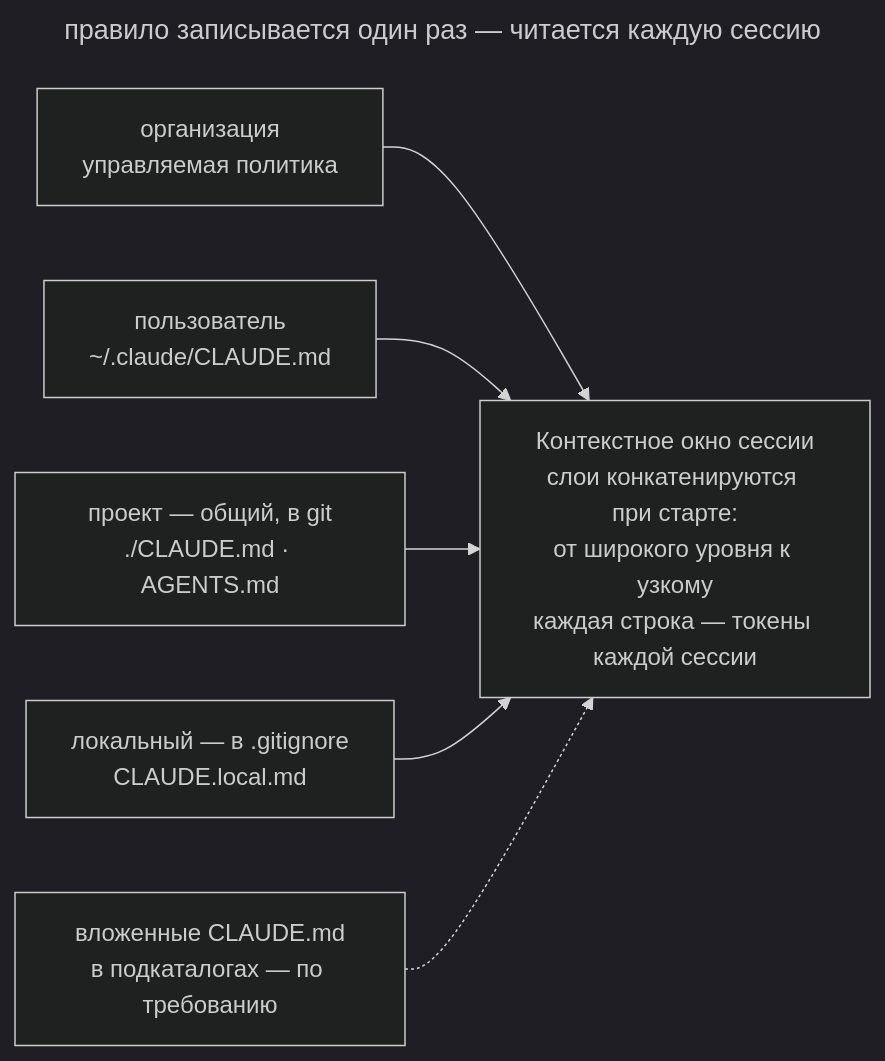
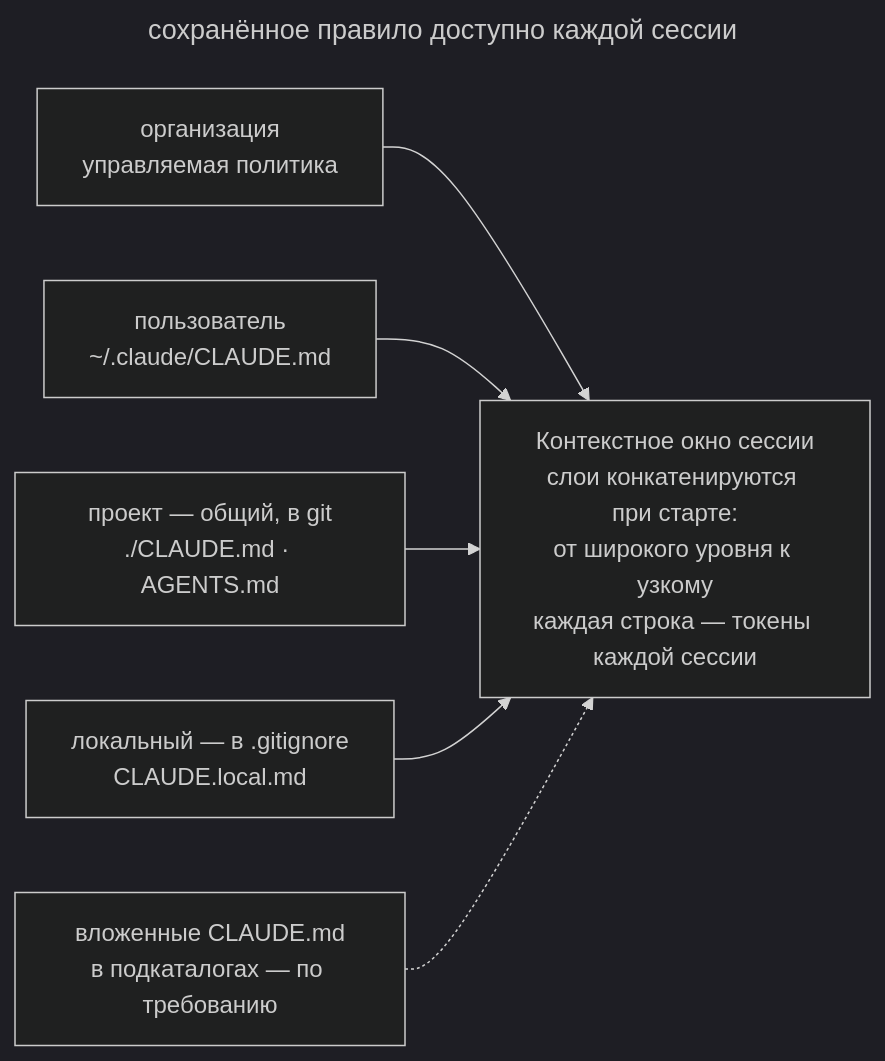
The diagram in book/ru/claude-md-memory.md (Rastavelli/agentic-coding-design-patterns), drawn with Mermaid (dark theme) before and after one commit. The commit also changed other lines of this file and 24 other files, not shown here.

Commit message:
docs: finish Russian prose review and align diagram captions

````diff
--- a/book/ru/claude-md-memory.md
+++ b/book/ru/claude-md-memory.md
@@ -45,17 +43,17 @@
 ```mermaid
 ---
-title: правило записывается один раз — читается каждую сессию
+title: сохранённое правило доступно каждой сессии
 ---
 flowchart LR
   org["организация<br/>управляемая политика"]
   user["пользователь<br/>~/.claude/CLAUDE.md"]
   project["проект — общий, в git<br/>./CLAUDE.md · AGENTS.md"]:::accent
   local["локальный — в .gitignore<br/>CLAUDE.local.md"]
   nested["вложенные CLAUDE.md<br/>в подкаталогах — по требованию"]:::muted
   window["Контекстное окно сессии<br/>слои конкатенируются при старте:<br/>от широкого уровня к узкому<br/>каждая строка — токены каждой сессии"]
   org --> window
   user --> window
   project --> window
   local --> window
   nested -.-> window
 ```
````
